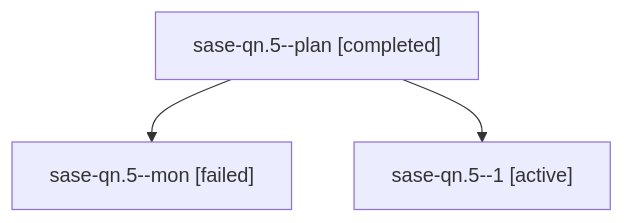
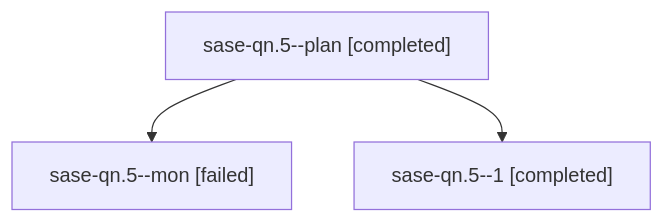
The diagram in families/bbugyi200.athena.sase-qn.5.md (sase-org/sase--agents), drawn with Mermaid before and after one commit. The commit also changed other lines of this file and 43 other files, not shown here.

````diff
--- a/families/bbugyi200.athena.sase-qn.5.md
+++ b/families/bbugyi200.athena.sase-qn.5.md
@@ -9,8 +9,8 @@
 ```mermaid
 flowchart TD
   n0["sase-qn.5--plan [completed]"]
   n1["sase-qn.5--mon [failed]"]
   n0 --> n1
-  n2["sase-qn.5--1 [active]"]
+  n2["sase-qn.5--1 [completed]"]
   n0 --> n2
 ```
````
